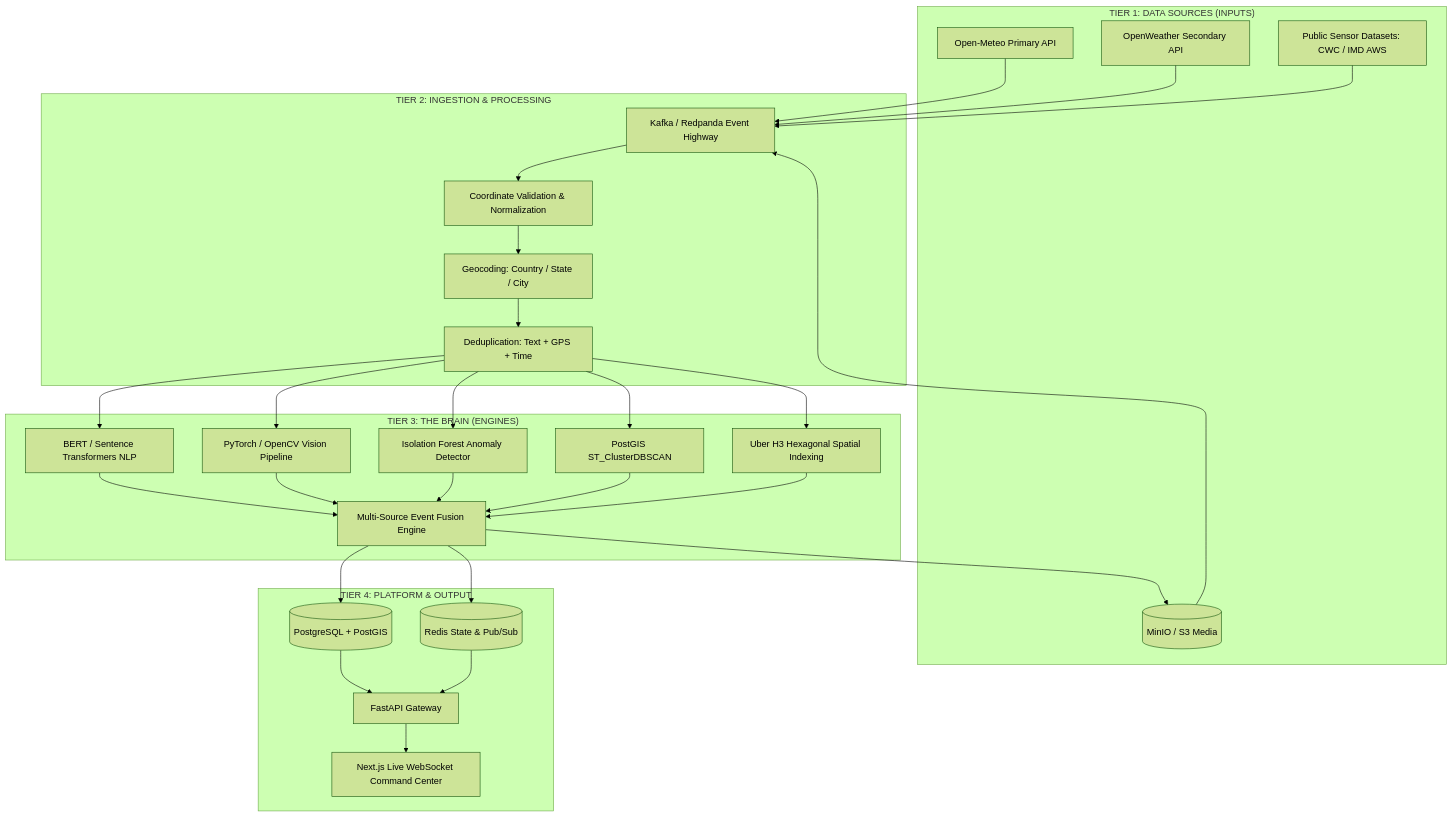
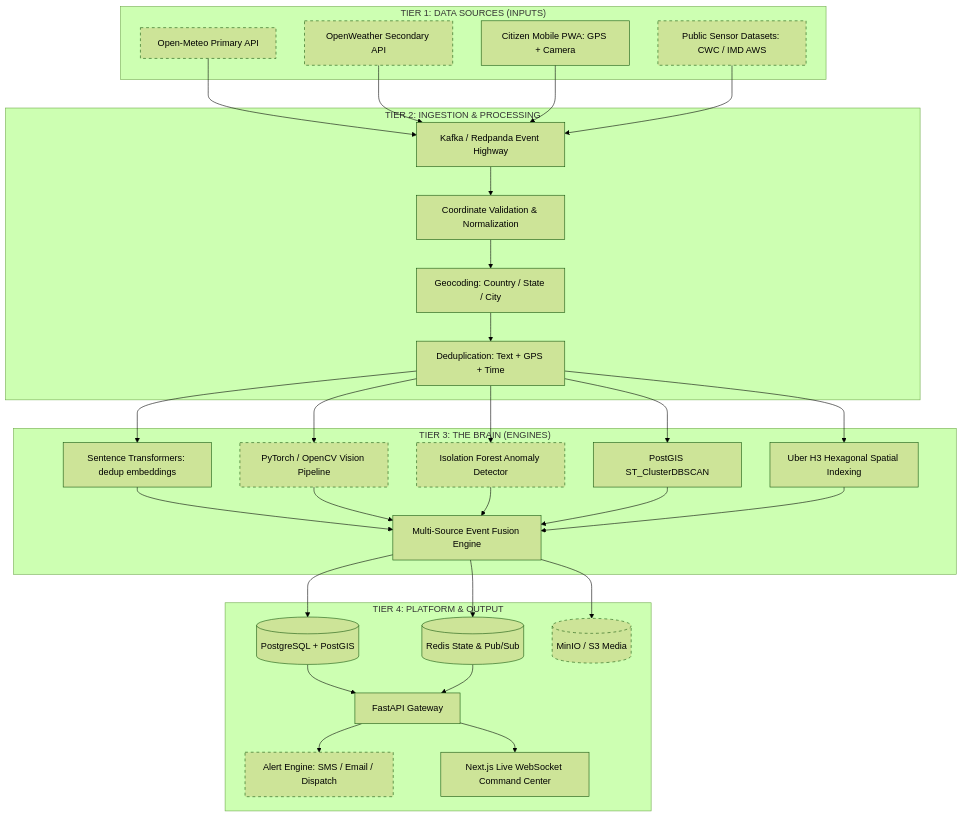
Before and after one commit to SabaSaiid/INDRA: the second of 2 diagrams in docs/ARCHITECTURE.md, drawn with Mermaid (forest theme). The commit also changed other lines of this file, not shown here.

First line of the commit message:
docs(architecture): add §0 implementation status ledger

````diff
--- a/docs/ARCHITECTURE.md
+++ b/docs/ARCHITECTURE.md
@@ -60,40 +170,45 @@
 ```mermaid
 flowchart TD
     subgraph TIER1["TIER 1: DATA SOURCES (INPUTS)"]
-        S1[Open-Meteo Primary API]
-        S2[OpenWeather Secondary API]
-        S3[Citizen Mobile PWA: GPS + Camera]
-        S4[Public Sensor Datasets: CWC / IMD AWS]
+        SRC1[Open-Meteo Primary API]
+        SRC2[OpenWeather Secondary API]
+        SRC3[Citizen Mobile PWA: GPS + Camera]
+        SRC4[Public Sensor Datasets: CWC / IMD AWS]
     end
 
     subgraph TIER2["TIER 2: INGESTION & PROCESSING"]
         K1[Kafka / Redpanda Event Highway]
         V1[Coordinate Validation & Normalization]
         V2[Geocoding: Country / State / City]
         V3[Deduplication: Text + GPS + Time]
     end
 
     subgraph TIER3["TIER 3: THE BRAIN (ENGINES)"]
-        AI1[BERT / Sentence Transformers NLP]
+        AI1[Sentence Transformers: dedup embeddings]
         AI2[PyTorch / OpenCV Vision Pipeline]
         AI3[Isolation Forest Anomaly Detector]
         GEO1[PostGIS ST_ClusterDBSCAN]
         GEO2[Uber H3 Hexagonal Spatial Indexing]
         FUS[Multi-Source Event Fusion Engine]
     end
 
     subgraph TIER4["TIER 4: PLATFORM & OUTPUT"]
         DB[(PostgreSQL + PostGIS)]
         RD[(Redis State & Pub/Sub)]
-        S3[(MinIO / S3 Media)]
+        OBJ[(MinIO / S3 Media)]
         API[FastAPI Gateway]
+        ALERT[Alert Engine: SMS / Email / Dispatch]
         UI[Next.js Live WebSocket Command Center]
     end
 
-    S1 & S2 & S3 & S4 --> K1
+    SRC1 & SRC2 & SRC3 & SRC4 --> K1
     K1 --> V1 --> V2 --> V3
     V3 --> AI1 & AI2 & AI3 & GEO1 & GEO2
     AI1 & AI2 & AI3 & GEO1 & GEO2 --> FUS
-    FUS --> DB & RD & S3
+    FUS --> DB & RD & OBJ
     DB & RD --> API --> UI
+    API --> ALERT
+
+    classDef notBuilt stroke-dasharray: 5 5,stroke-width:1px;
+    class SRC1,SRC2,SRC4,AI2,AI3,OBJ,ALERT notBuilt;
 ```
````
